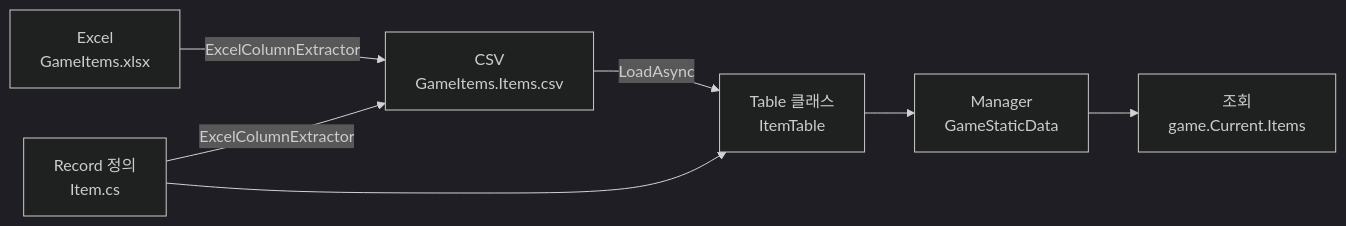
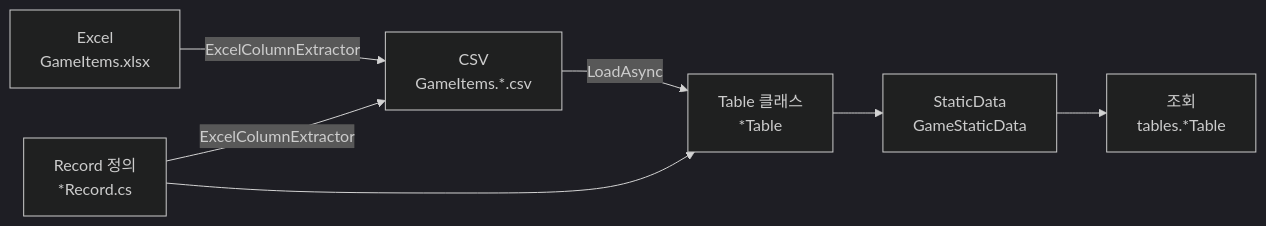
One commit to bluekms/StaticDataPipeline changed the diagram in Docs/ko/quickstart.md. Above: the diagram before and after it, drawn with Mermaid (dark theme). The commit also changed other lines of this file and 12 other files, not shown here.

````diff
--- a/Docs/ko/quickstart.md
+++ b/Docs/ko/quickstart.md
@@ -15,16 +15,16 @@
 ```mermaid
 flowchart LR
     Excel["Excel<br/>GameItems.xlsx"]
-    Record["Record 정의<br/>Item.cs"]
-    Csv["CSV<br/>GameItems.Items.csv"]
-    Table["Table 클래스<br/>ItemTable"]
-    Manager["Manager<br/>GameStaticData"]
-    App["조회<br/>game.Current.Items"]
+    Record["Record 정의<br/>*Record.cs"]
+    Csv["CSV<br/>GameItems.*.csv"]
+    Table["Table 클래스<br/>*Table"]
+    Manager["StaticData<br/>GameStaticData"]
+    App["조회<br/>tables.*Table"]
 
     Excel --> |ExcelColumnExtractor| Csv
     Record --> |ExcelColumnExtractor| Csv
     Csv --> |LoadAsync| Table
     Record --> Table
     Table --> Manager
     Manager --> App
 ```
````
